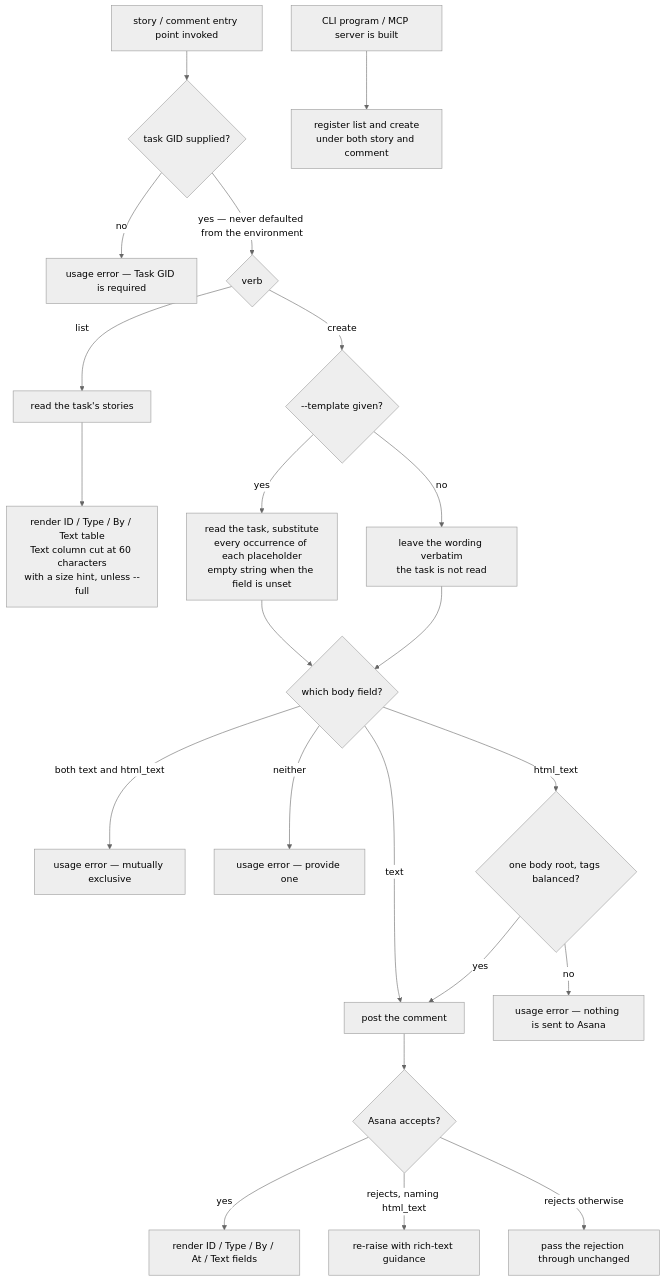
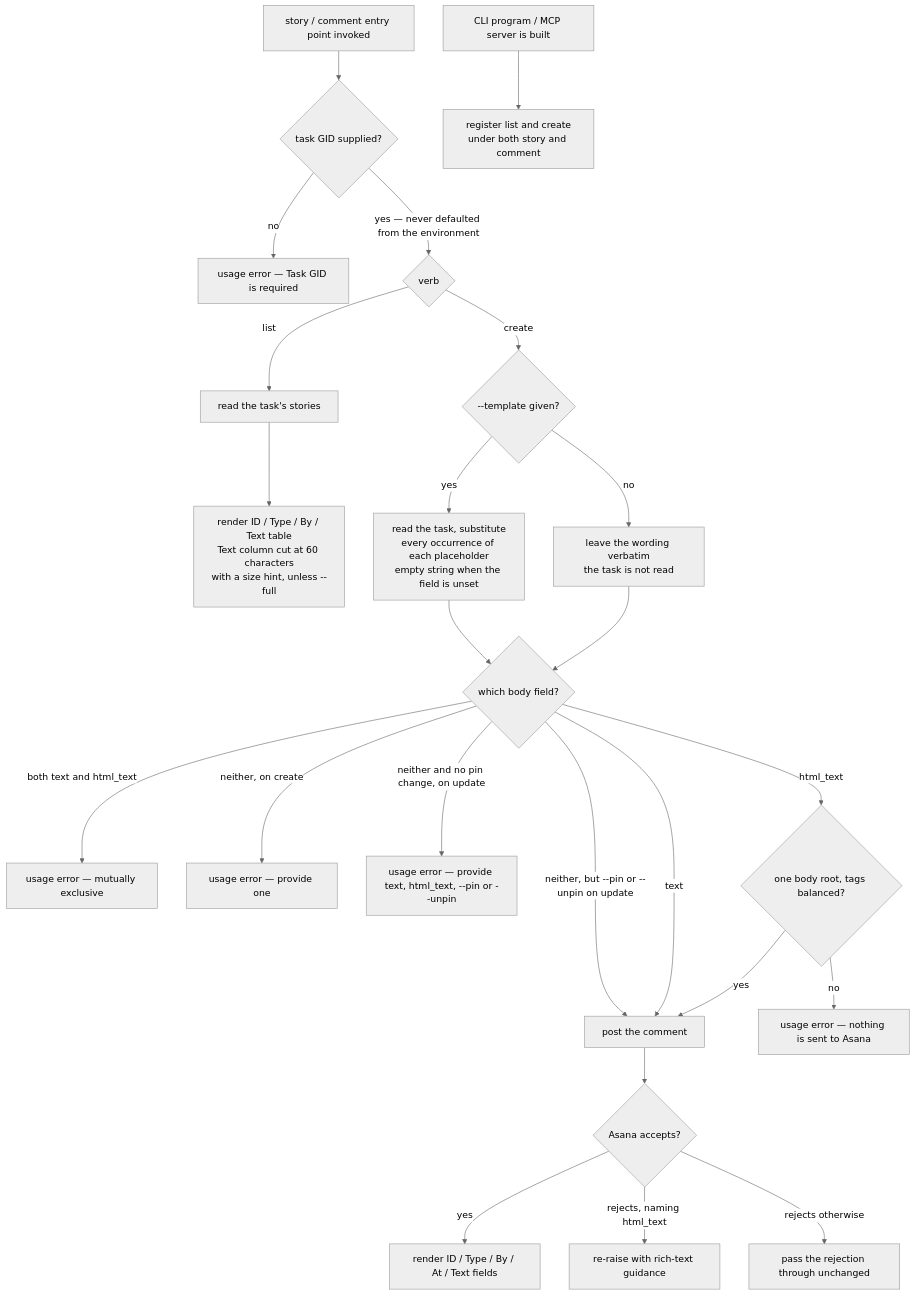
The diagram in packages/cyber-asana/.agents/spec/stories/README.md (cyberuni/asana-agent), drawn with Mermaid (neutral theme) before and after one commit. The commit also changed other lines of this file and 11 other files, not shown here.

````diff
--- a/packages/cyber-asana/.agents/spec/stories/README.md
+++ b/packages/cyber-asana/.agents/spec/stories/README.md
@@ -75,27 +80,29 @@
 ```mermaid
 graph TD
   S[story / comment entry point invoked] --> T{task GID supplied?}
   T -->|no| TE[usage error — Task GID is required]
   T -->|yes — never defaulted from the environment| V{verb}
 
   V -->|list| LP[read the task's stories]
   LP --> LR[render ID / Type / By / Text table<br/>Text column cut at 60 characters<br/>with a size hint, unless --full]
 
   V -->|create| C{--template given?}
   C -->|yes| CT[read the task, substitute<br/>every occurrence of each placeholder<br/>empty string when the field is unset]
   C -->|no| CF[leave the wording verbatim<br/>the task is not read]
   CT --> W{which body field?}
   CF --> W
   W -->|both text and html_text| WB[usage error — mutually exclusive]
-  W -->|neither| WN[usage error — provide one]
+  W -->|neither, on create| WN[usage error — provide one]
+  W -->|neither and no pin change, on update| WU[usage error — provide text, html_text, --pin or --unpin]
+  W -->|neither, but --pin or --unpin on update| P
   W -->|text| P[post the comment]
   W -->|html_text| H{one body root, tags balanced?}
   H -->|no| HE[usage error — nothing is sent to Asana]
   H -->|yes| P
   P --> R{Asana accepts?}
   R -->|yes| CR[render ID / Type / By / At / Text fields]
   R -->|rejects, naming html_text| RE[re-raise with rich-text guidance]
   R -->|rejects otherwise| RP[pass the rejection through unchanged]
 
   A[CLI program / MCP server is built] --> AB[register list and create<br/>under both story and comment]
 ```
````
